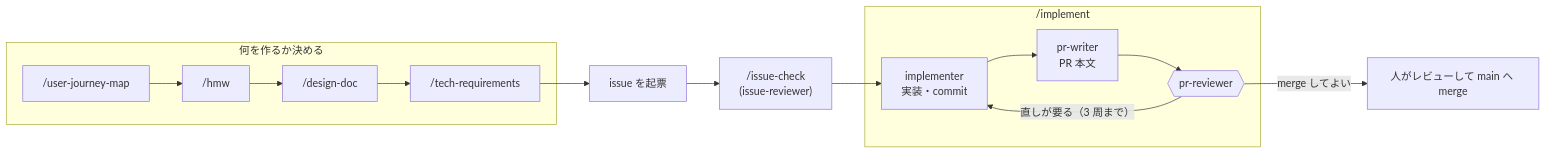
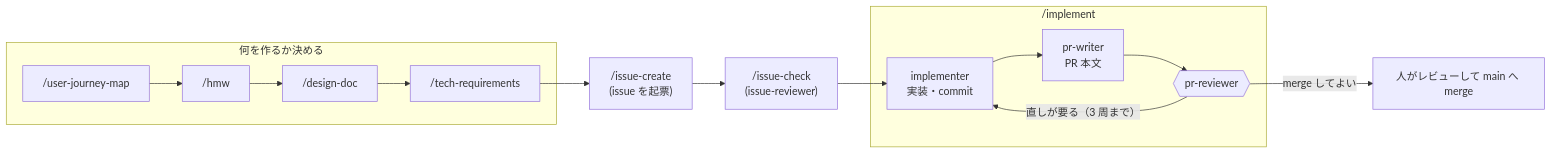
The third of 3 diagrams in CONTRIBUTING.md (jun-eg/school-festival-shift), drawn with Mermaid before and after one commit. The commit also changed 1 other file, not shown here.

Commit message:
起票の skill /issue-create を置いた（#366）
依頼を変更の単位に割り、大きさの物差し（docs/README.md「issue 1 本の大きさ」が原本、写さない）を起こす前に当てる。
大きすぎれば親 1 本と sub-issue（REST の sub_issues で結ぶ）、小さすぎれば起こさずにまとめる先を人に返す。
判定は /issue-check の手に残し、この skill は issue-reviewer を回さない（#318 の分け方を保つ）。
CONTRIBUTING.md の流れ図の「issue を起票」を /issue-create に直した。

Claude-Session: https://claude.ai/code/session/da7a6976-fb76-49fe-a0ad-89f2a9af270e

````diff
--- a/CONTRIBUTING.md
+++ b/CONTRIBUTING.md
@@ -84,14 +84,14 @@
 ```mermaid
 flowchart LR
     subgraph IDEA["何を作るか決める"]
         UJM["/user-journey-map"] --> HMW["/hmw"] --> DD["/design-doc"] --> TR["/tech-requirements"]
     end
-    TR --> ISSUE[issue を起票]
+    TR --> ISSUE["/issue-create<br/>(issue を起票)"]
     ISSUE --> CHECK["/issue-check<br/>(issue-reviewer)"]
     subgraph IMPLEMENT["/implement"]
         IMPL["implementer<br/>実装・commit"] --> PW["pr-writer<br/>PR 本文"] --> PRV{{pr-reviewer}}
         PRV -->|"直しが要る（3 周まで）"| IMPL
     end
     CHECK --> IMPL
     PRV -->|merge してよい| HUMAN[人がレビューして main へ merge]
 ```
````
